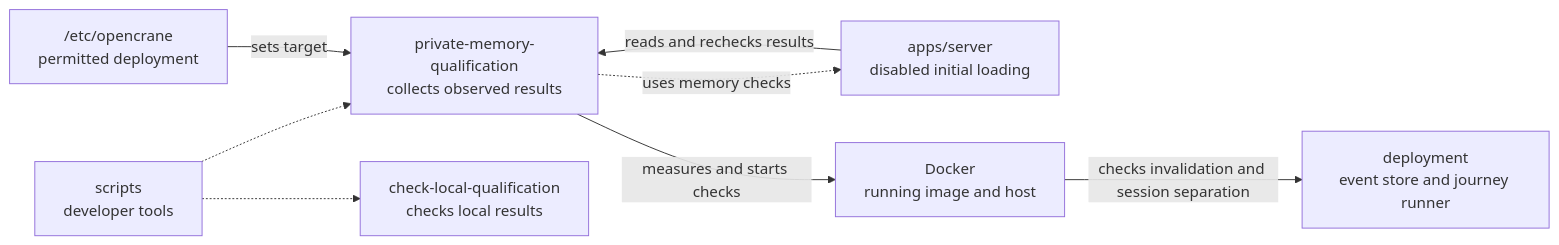
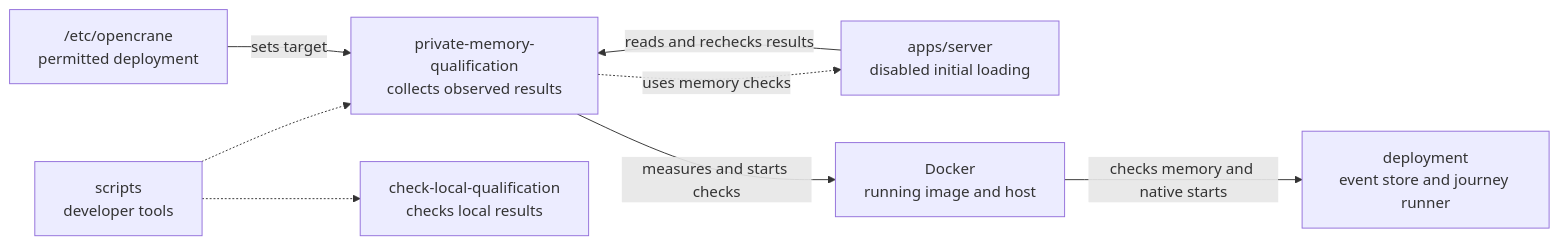
One commit to elewa-git/opencrane-new changed the diagram in scripts/private-memory-qualification/README.md. Above: the diagram before and after it, drawn with Mermaid. The commit also changed other lines of this file and 7 other files, not shown here.

````diff
--- a/scripts/private-memory-qualification/README.md
+++ b/scripts/private-memory-qualification/README.md
@@ -17,10 +17,10 @@
 ```mermaid
 flowchart LR
   scripts["scripts<br/>developer tools"] -.-> collector["private-memory-qualification<br/>collects observed results"]
   scripts -.-> sibling["check-local-qualification<br/>checks local results"]
   server["apps/server<br/>disabled initial loading"] -->|reads and rechecks results| collector
   collector -.->|uses memory checks| server
   config["/etc/opencrane<br/>permitted deployment"] -->|sets target| collector
   collector -->|measures and starts checks| docker["Docker<br/>running image and host"]
-  docker -->|checks invalidation and session separation| deployment["deployment<br/>event store and journey runner"]
+  docker -->|checks memory and native starts| deployment["deployment<br/>event store and journey runner"]
 ```
````
